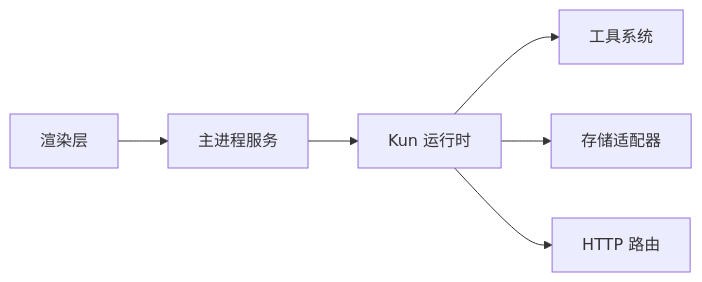
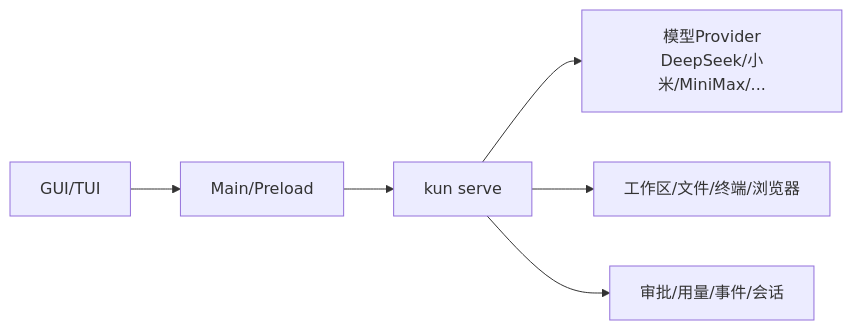
The third of 3 diagrams in .qoder/repowiki/zh/content/项目概述/核心功能特性/核心功能特性.md (haolange/DeepSeek-GUI), drawn with Mermaid before and after one commit. The commit also changed other lines of this file and 341 other files, not shown here.

````diff
--- a/.qoder/repowiki/zh/content/项目概述/核心功能特性/核心功能特性.md
+++ b/.qoder/repowiki/zh/content/项目概述/核心功能特性/核心功能特性.md
@@ -484,8 +180,8 @@
 ```mermaid
 graph LR
-UI["渲染层"] --> MP["主进程服务"]
-MP --> RT["Kun 运行时"]
-RT --> Tools["工具系统"]
-RT --> Store["存储适配器"]
-RT --> Routes["HTTP 路由"]
+A["GUI/TUI"] --> B["Main/Preload"]
+B --> C["kun serve"]
+C --> D["模型Provider<br/>DeepSeek/小米/MiniMax/..."]
+C --> E["工作区/文件/终端/浏览器"]
+C --> F["审批/用量/事件/会话"]
 ```
````
